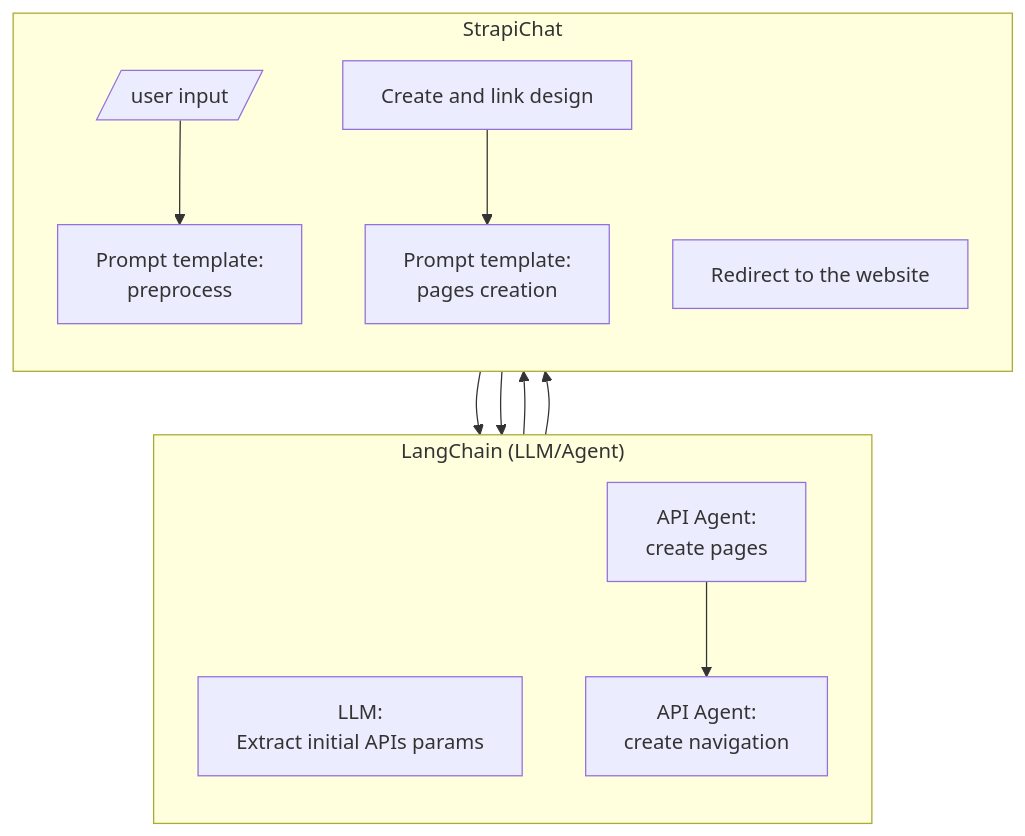
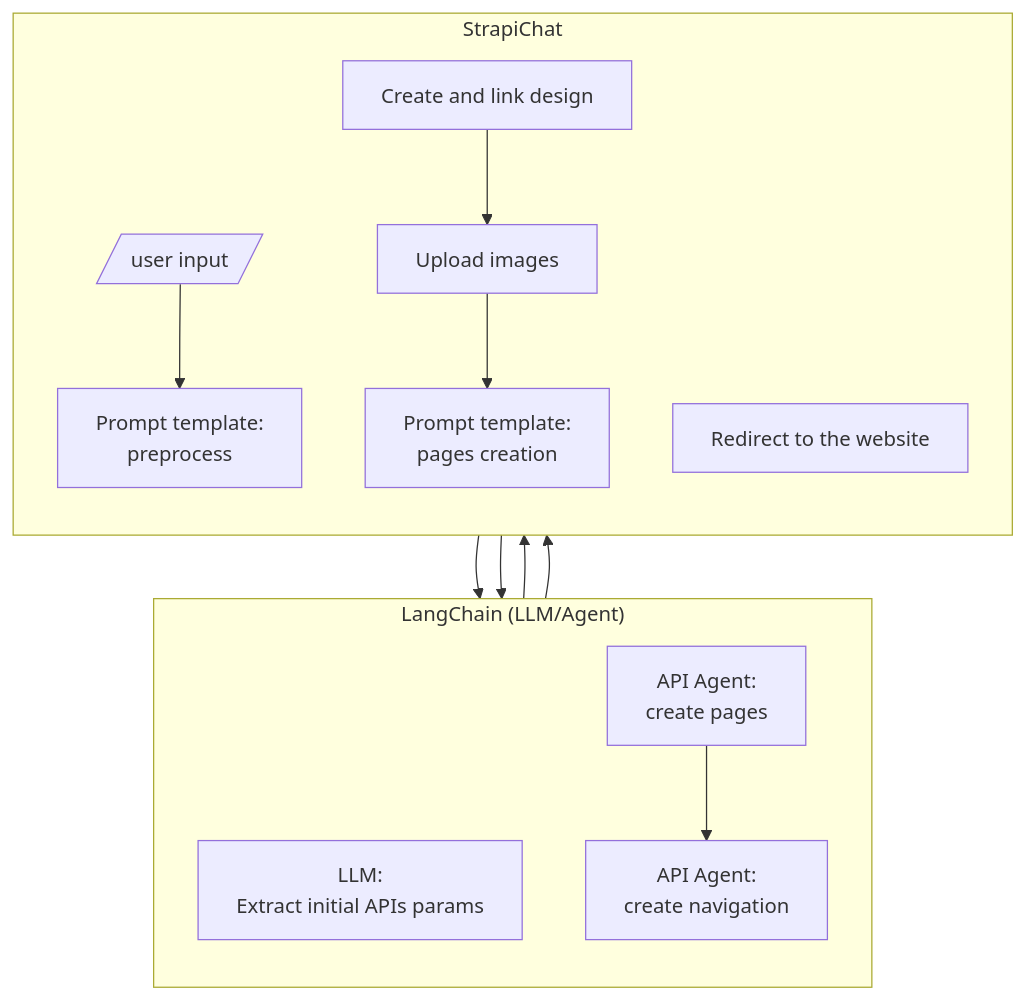
The third of 3 diagrams in README.md (alallaqi/poc-strapi-chat), drawn with Mermaid before and after one commit. The commit also changed 2 other files, not shown here.

Commit message:
- attempt to use DALL-e (commented) - refine home page prompt

````diff
--- a/README.md
+++ b/README.md
@@ -47,27 +47,29 @@
 ```mermaid
 flowchart TB
   
   subgraph "LangChain (LLM/Agent)"
    direction TB
    Preprocess[LLM:<br />Extract initial APIs params]
    AgentPages[API Agent:<br />create pages]
    AgentNav[API Agent:<br />create navigation]
   end
 
   subgraph StrapiChat
     direction TB
     Input[/user input/]
     PromptPreprocess[Prompt template:<br />preprocess]
     CreateDesign[Create and link design]
+    UploadImages[Upload images]
     PromptAgentPages[Prompt template:<br />pages creation]
     Redirect[Redirect to the website]
   end
 
   Input --> PromptPreprocess
   PromptPreprocess --> Preprocess
   Preprocess --> CreateDesign
-  CreateDesign --> PromptAgentPages
+  CreateDesign --> UploadImages
+  UploadImages --> PromptAgentPages
   PromptAgentPages --> AgentPages
   AgentPages --> AgentNav
   AgentNav --> Redirect
 ```
````
